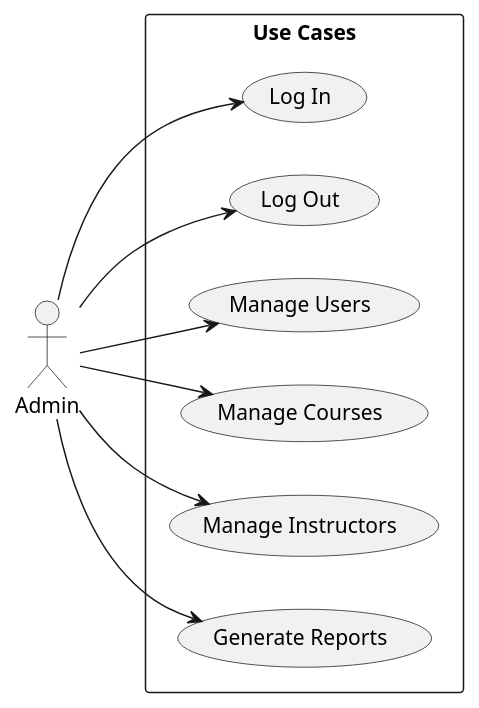
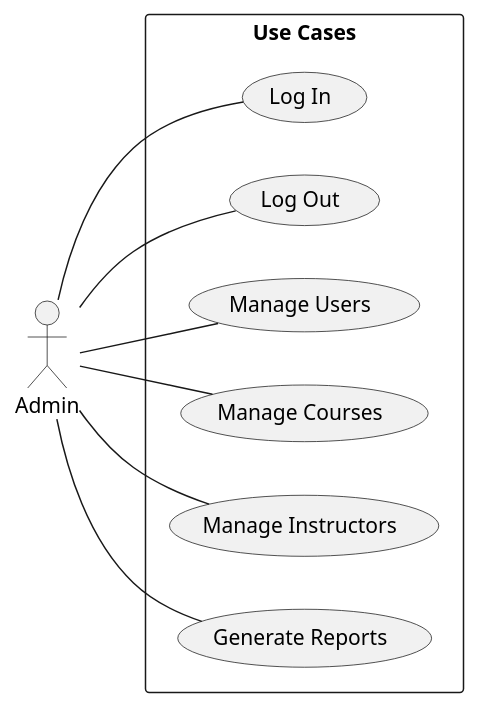
One commit to ninehcobra/SE357-Pratice-class changed the diagram in Lab 1/Lab1.2/Usecase/admin_usecase.plantuml. Above: the diagram before and after it, drawn with PlantUML. The commit also changed 7 other files, not shown here.

```diff
--- a/Lab 1/Lab1.2/Usecase/admin_usecase.plantuml
+++ b/Lab 1/Lab1.2/Usecase/admin_usecase.plantuml
@@ -1,21 +1,21 @@
 @startuml
 left to right direction
 skinparam packageStyle rectangle
 actor Admin as "Admin"
 
 rectangle "Use Cases" {
   usecase "Log In" as UC1
   usecase "Log Out" as UC2
   usecase "Manage Users" as UC3
   usecase "Manage Courses" as UC4
   usecase "Manage Instructors" as UC5
   usecase "Generate Reports" as UC6
 }
 
-Admin --> UC1
-Admin --> UC2
-Admin --> UC3
-Admin --> UC4
-Admin --> UC5
-Admin --> UC6
+Admin -- UC1
+Admin -- UC2
+Admin -- UC3
+Admin --UC4
+Admin -- UC5
+Admin -- UC6
 @enduml
```
